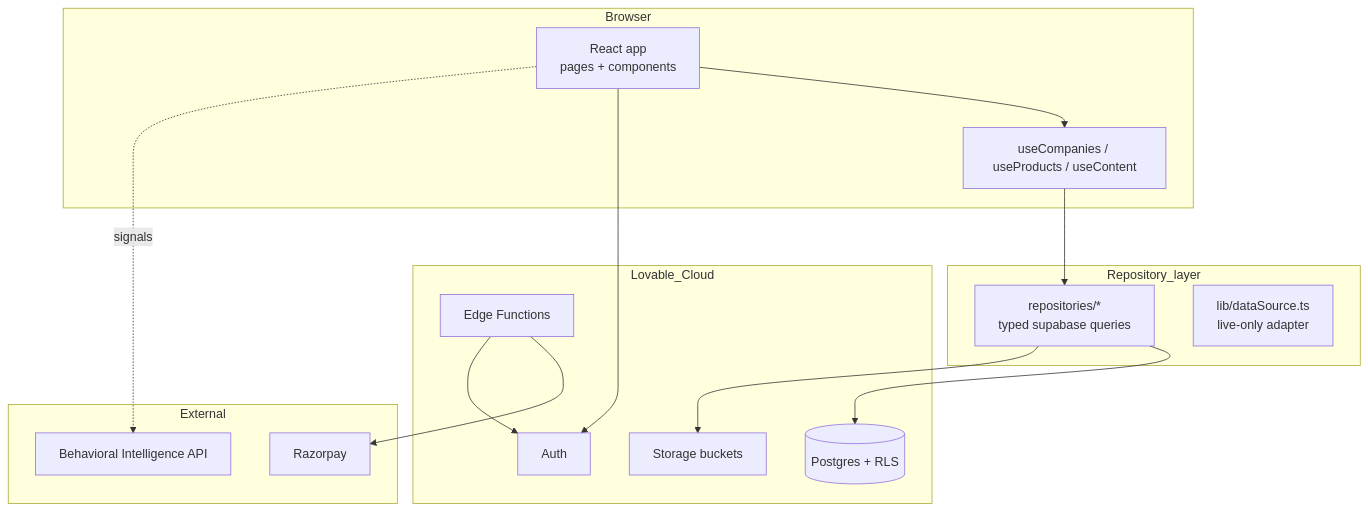
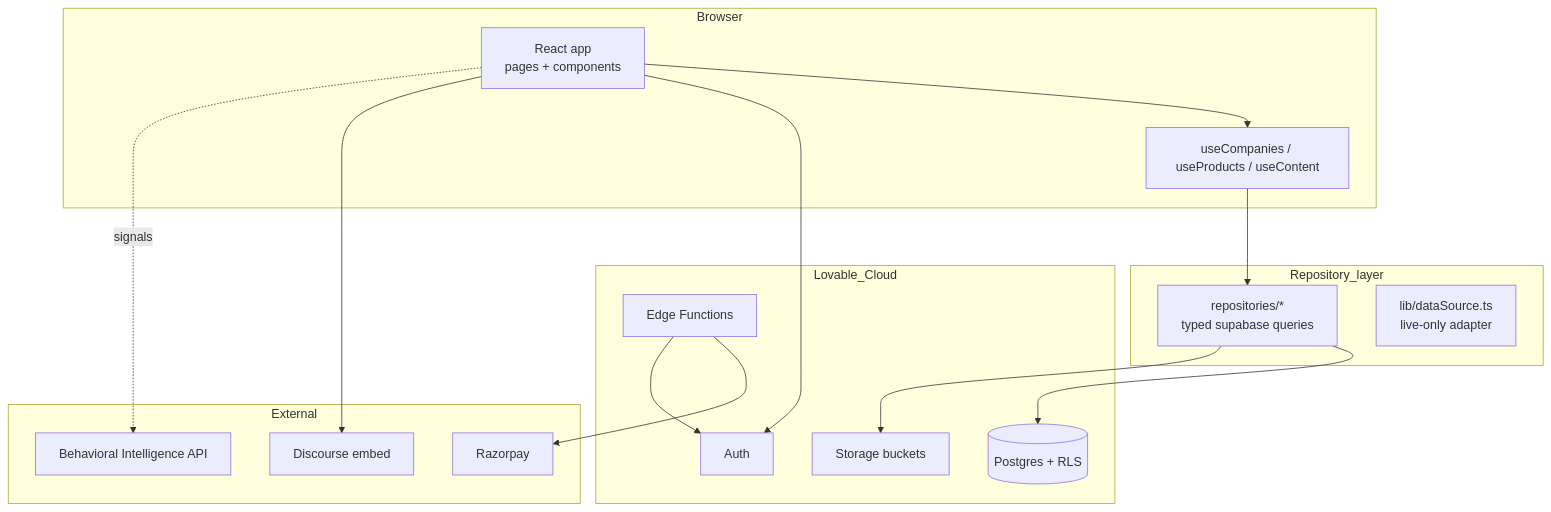
The first of 3 diagrams in src/content/docs/05-architecture-and-tech.md (arka97/mddma-test), drawn with Mermaid before and after one commit. The commit also changed other lines of this file and 6 other files, not shown here.

````diff
--- a/src/content/docs/05-architecture-and-tech.md
+++ b/src/content/docs/05-architecture-and-tech.md
@@ -25,27 +26,29 @@
 ```mermaid
 graph TD
   subgraph Browser
     UI[React app<br/>pages + components]
     Hooks[useCompanies / useProducts / useContent]
   end
   subgraph Repository_layer
     Repos[repositories/*<br/>typed supabase queries]
     DS[lib/dataSource.ts<br/>live-only adapter]
   end
   subgraph Lovable_Cloud
     Auth[Auth]
     DB[(Postgres + RLS)]
     Storage[Storage buckets]
     EF[Edge Functions]
   end
   subgraph External
     BIL[Behavioral Intelligence API]
     RP[Razorpay]
+    DC[Discourse embed]
   end
   UI --> Hooks --> Repos --> DB
   Repos --> Storage
   UI --> Auth
+  UI --> DC
   EF --> RP
   EF --> Auth
   UI -.signals.-> BIL
 ```
````
